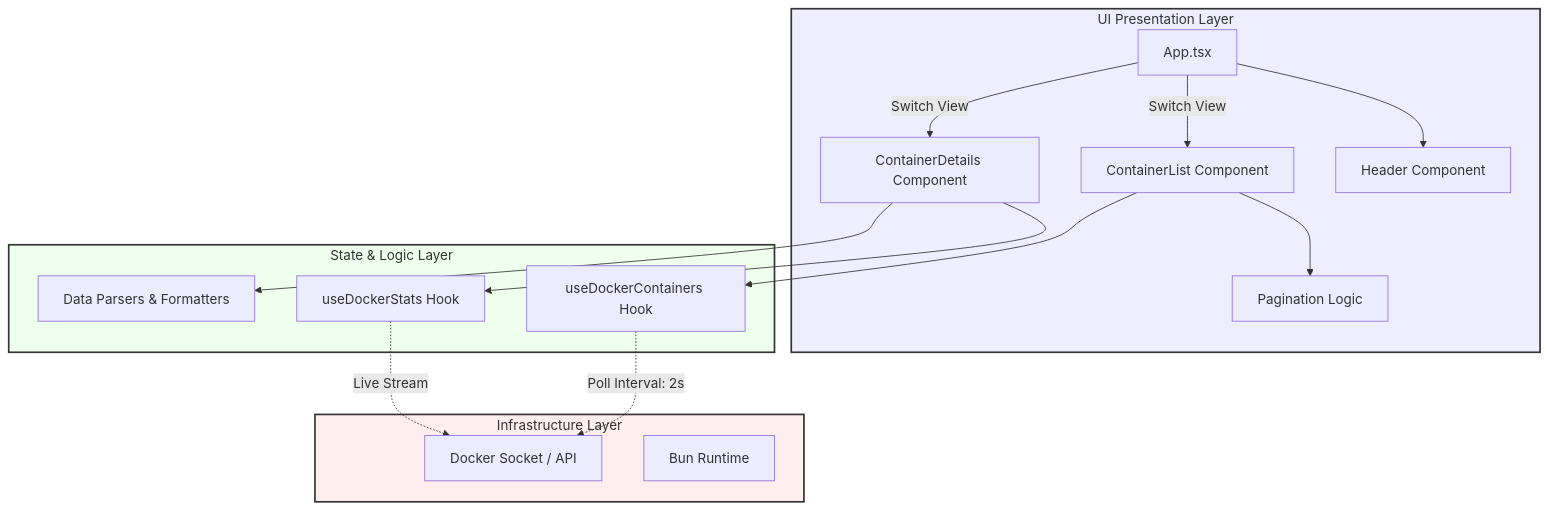
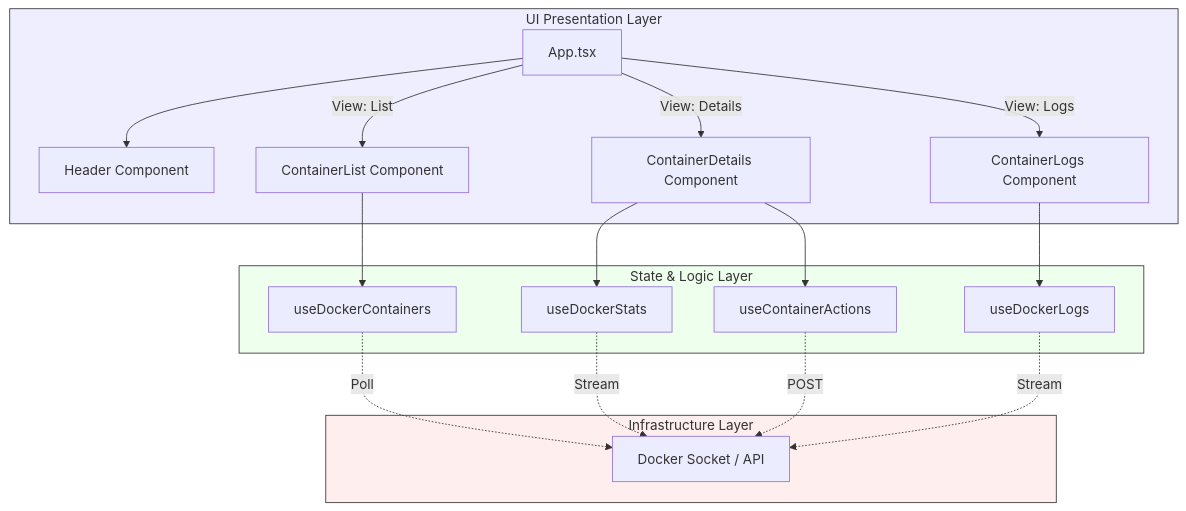
Before and after one commit to rohitdas13595/docker-tui: the first of 2 diagrams in README.md, drawn with Mermaid. The commit also changed other lines of this file and 8 other files, not shown here.

Commit message:
feat: Add live logs, container actions, and build configuration

````diff
--- a/README.md
+++ b/README.md
@@ -27,38 +30,41 @@
 ```mermaid
 graph TD
     subgraph UI_Layer [UI Presentation Layer]
         App[App.tsx]
         Header[Header Component]
         List[ContainerList Component]
         Details[ContainerDetails Component]
-        Pagination[Pagination Logic]
+        Logs[ContainerLogs Component]
     end
 
     subgraph Logic_Layer [State & Logic Layer]
-        useContainers[useDockerContainers Hook]
-        useStats[useDockerStats Hook]
-        Parser[Data Parsers & Formatters]
+        useContainers[useDockerContainers]
+        useStats[useDockerStats]
+        useActions[useContainerActions]
+        useLogs[useDockerLogs]
     end
 
     subgraph System_Layer [Infrastructure Layer]
         DockerAPI[Docker Socket / API]
-        BunRuntime[Bun Runtime]
     end
 
     %% Connections
     App --> Header
-    App -->|Switch View| List
-    App -->|Switch View| Details
+    App -->|View: List| List
+    App -->|View: Details| Details
+    App -->|View: Logs| Logs
 
-    List --> Pagination
     List --> useContainers
     Details --> useStats
-    Details --> Parser
+    Details --> useActions
+    Logs --> useLogs
 
-    useContainers -.->|Poll Interval: 2s| DockerAPI
-    useStats -.->|Live Stream| DockerAPI
+    useContainers -.->|Poll| DockerAPI
+    useStats -.->|Stream| DockerAPI
+    useActions -.->|POST| DockerAPI
+    useLogs -.->|Stream| DockerAPI
 
-    style UI_Layer fill:#eef,stroke:#333,stroke-width:2px
-    style Logic_Layer fill:#efe,stroke:#333,stroke-width:2px
-    style System_Layer fill:#fee,stroke:#333,stroke-width:2px
+    style UI_Layer fill:#eef,stroke:#333
+    style Logic_Layer fill:#efe,stroke:#333
+    style System_Layer fill:#fee,stroke:#333
 ```
````
